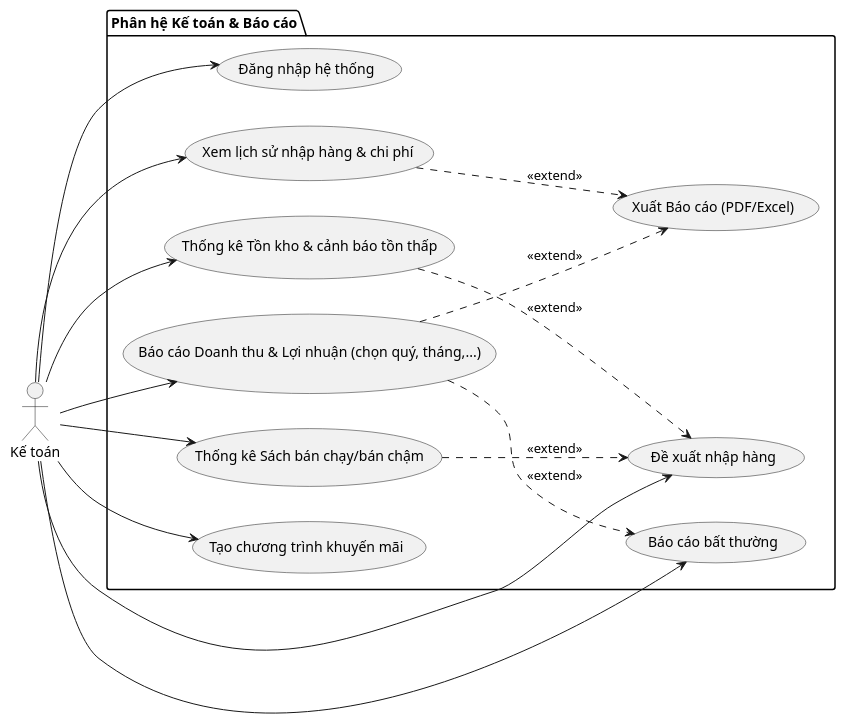
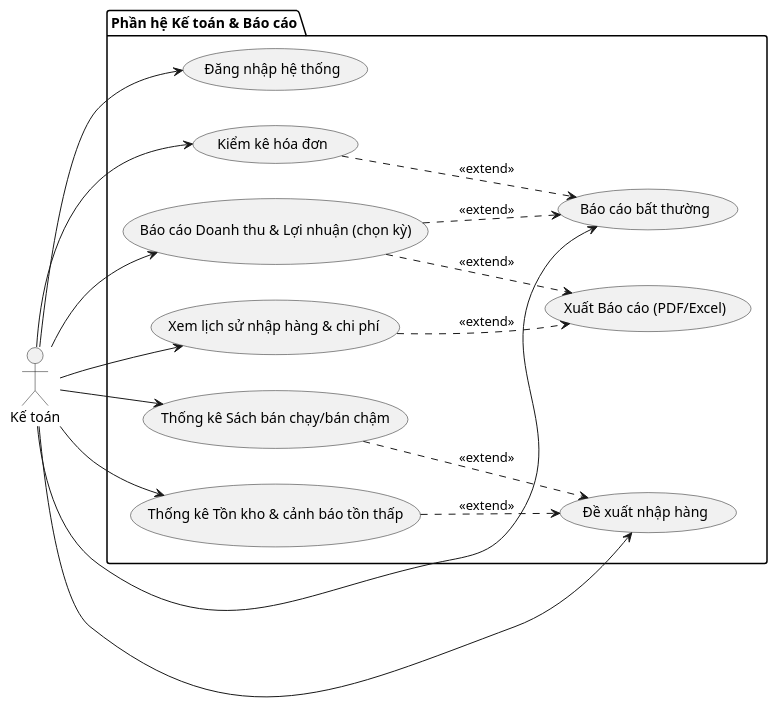
Before and after one commit to Kh0anh/QuanLyNhaSach: the diagram in docs/use case/actor Kế toán.plantuml, drawn with PlantUML. The commit also changed 13 other files, not shown here.

```diff
--- a/docs/use case/actor Kế toán.plantuml
+++ b/docs/use case/actor Kế toán.plantuml
@@ -1,31 +1,32 @@
 @startuml
 left to right direction
 actor "Kế toán" as KT
 
-package "Phân hệ Kế toán & Báo cáo" {
+package "Phần hệ Kế toán & Báo cáo" {
     usecase "Đăng nhập hệ thống" as UC_Login
-    usecase "Báo cáo Doanh thu & Lợi nhuận (chọn quý, tháng,...)" as UC_BaoCao
+    usecase "Báo cáo Doanh thu & Lợi nhuận (chọn kỳ)" as UC_BaoCao
+    usecase "Kiểm kê hóa đơn" as UC_KiemKe
     usecase "Thống kê Tồn kho & cảnh báo tồn thấp" as UC_TonKho
     usecase "Thống kê Sách bán chạy/bán chậm" as UC_BanChay
     usecase "Xem lịch sử nhập hàng & chi phí" as UC_LichSuNhap
     usecase "Xuất Báo cáo (PDF/Excel)" as UC_XuatBaoCao
     usecase "Đề xuất nhập hàng" as UC_DeXuatNhap
     usecase "Báo cáo bất thường" as UC_BaoCaoBatThuong
-    usecase "Tạo chương trình khuyến mãi" as UC_KhuyenMai
 }
 
 KT --> UC_Login
 KT --> UC_BaoCao
+KT --> UC_KiemKe
 KT --> UC_TonKho
 KT --> UC_BanChay
 KT --> UC_LichSuNhap
 KT --> UC_DeXuatNhap
 KT --> UC_BaoCaoBatThuong
-KT --> UC_KhuyenMai
 
 UC_BaoCao ..> UC_XuatBaoCao : <<extend>>
 UC_LichSuNhap ..> UC_XuatBaoCao : <<extend>>
 UC_TonKho ..> UC_DeXuatNhap : <<extend>>
 UC_BanChay ..> UC_DeXuatNhap : <<extend>>
 UC_BaoCao ..> UC_BaoCaoBatThuong : <<extend>>
+UC_KiemKe ..> UC_BaoCaoBatThuong : <<extend>>
 @enduml
```
